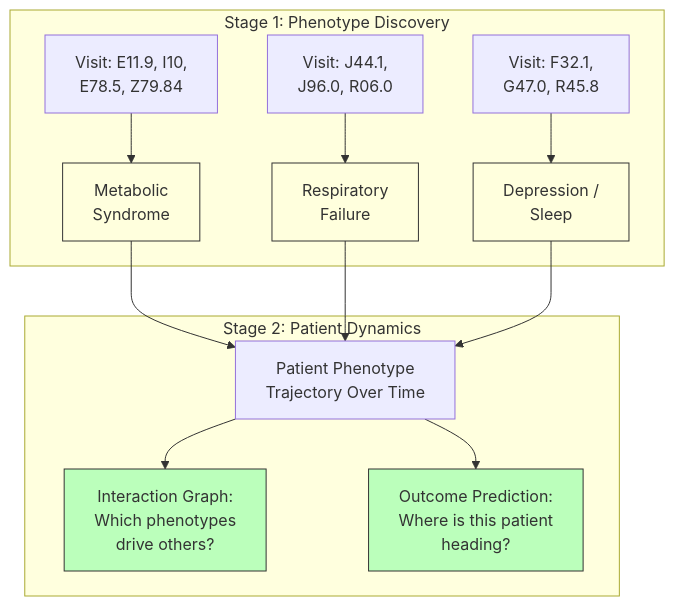
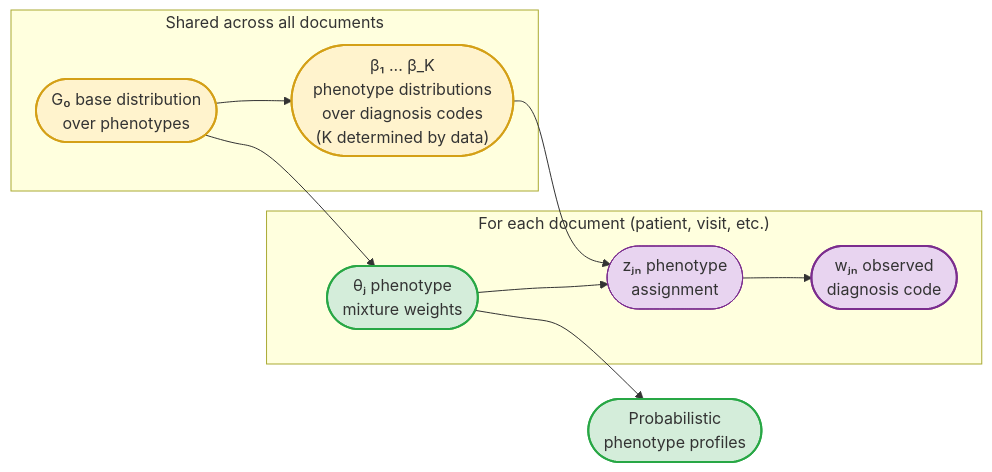
One commit to oneilsh/topic-state-space-modeling changed the second of 3 diagrams in README.md. Above: the diagram before and after it, drawn with Mermaid. The commit also changed other lines of this file and 5 other files, not shown here.

````diff
--- a/README.md
+++ b/README.md
@@ -30,20 +51,26 @@
 ```mermaid
-graph TD
-    subgraph "Stage 1: Phenotype Discovery"
-        V1["Visit: E11.9, I10,<br/>E78.5, Z79.84"] --> T1["Metabolic<br/>Syndrome"]
-        V2["Visit: J44.1,<br/>J96.0, R06.0"] --> T2["Respiratory<br/>Failure"]
-        V3["Visit: F32.1,<br/>G47.0, R45.8"] --> T3["Depression /<br/>Sleep"]
+graph LR
+    G0(["G₀ base distribution<br/>over phenotypes"]) --> beta(["β₁ ... β_K<br/>phenotype distributions<br/>over diagnosis codes<br/>(K determined by data)"])
+    G0 --> theta(["θⱼ phenotype<br/>mixture weights"])
+    beta --> z(["zⱼₙ phenotype<br/>assignment"])
+    theta --> z --> w(["wⱼₙ observed<br/>diagnosis code"])
+    theta --> PR(["Probabilistic<br/>phenotype profiles"])
+
+    subgraph SHARED ["Shared across all documents"]
+        G0
+        beta
     end
 
-    subgraph "Stage 2: Patient Dynamics"
-        T1 & T2 & T3 --> TS["Patient Phenotype<br/>Trajectory Over Time"]
-        TS --> IG["Interaction Graph:<br/>Which phenotypes<br/>drive others?"]
-        TS --> PR["Outcome Prediction:<br/>Where is this patient<br/>heading?"]
+    subgraph PERDOC ["For each document (patient, visit, etc.)"]
+        theta
+        z
+        w
     end
 
-    style T1 fill:#ffd,stroke:#333
-    style T2 fill:#ffd,stroke:#333
-    style T3 fill:#ffd,stroke:#333
-    style IG fill:#bfb,stroke:#333
-    style PR fill:#bfb,stroke:#333
+    style G0 fill:#fff3cd,stroke:#d4a017,stroke-width:2px
+    style beta fill:#fff3cd,stroke:#d4a017,stroke-width:2px
+    style theta fill:#d4edda,stroke:#28a745,stroke-width:2px
+    style z fill:#e8d4f0,stroke:#7b2d8e,stroke-width:1px
+    style w fill:#e8d4f0,stroke:#7b2d8e,stroke-width:2px
+    style PR fill:#d4edda,stroke:#28a745,stroke-width:2px
 ```
````
